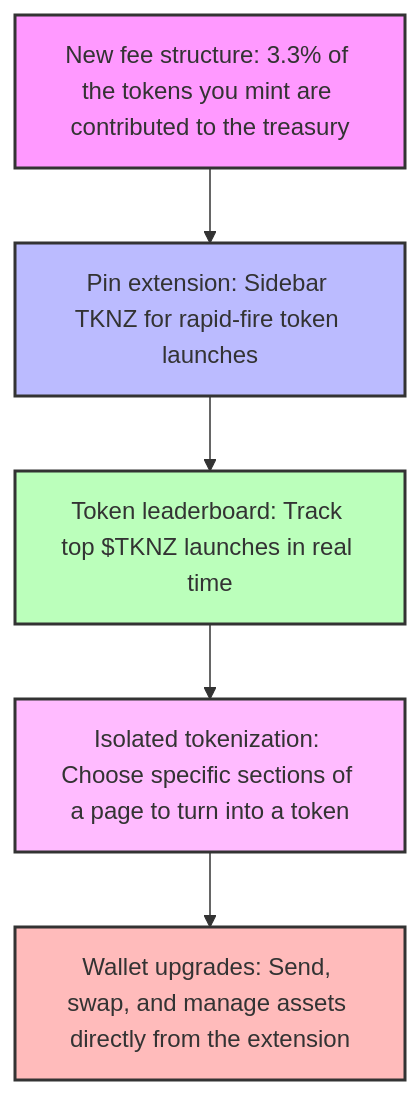
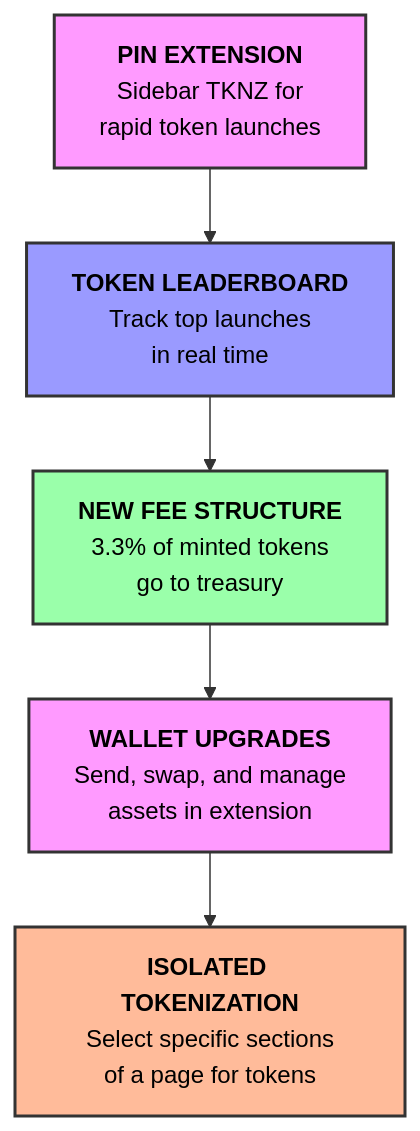
The diagram in roadmap-05-01-2025.md (tokenizedev/tknzv1), drawn with Mermaid before and after one commit. The commit also changed other lines of this file, not shown here.

First line of the commit message:
``` feat(core): Added Core Token Actions, App usability improvements, and Community Engagement features

````diff
--- a/roadmap-05-01-2025.md
+++ b/roadmap-05-01-2025.md
@@ -62,14 +53,20 @@
 ```mermaid
 graph TD;
-    A[New fee structure: 3.3% of the tokens you mint are contributed to the treasury] --> B;
-    B[Pin extension: Sidebar TKNZ for rapid-fire token launches] --> C;
-    C[Token leaderboard: Track top $TKNZ launches in real time] --> D;
-    D[Isolated tokenization: Choose specific sections of a page to turn into a token] --> E;
-    E[Wallet upgrades: Send, swap, and manage assets directly from the extension];
+    A["<b>PIN EXTENSION</b><br/>Sidebar TKNZ for<br/>rapid token launches"] --> B;
+    B["<b>TOKEN LEADERBOARD</b><br/>Track top launches<br/>in real time"] --> C;
+    C["<b>NEW FEE STRUCTURE</b><br/>3.3% of minted tokens<br/>go to treasury"] --> D;
+    D["<b>WALLET UPGRADES</b><br/>Send, swap, and manage<br/>assets in extension"] --> E;
+    E["<b>ISOLATED TOKENIZATION</b><br/>Select specific sections<br/>of a page for tokens"];
     
-    style A fill:#f9f,stroke:#333,stroke-width:2px
-    style B fill:#bbf,stroke:#333,stroke-width:2px
-    style C fill:#bfb,stroke:#333,stroke-width:2px
-    style D fill:#fbf,stroke:#333,stroke-width:2px
-    style E fill:#fbb,stroke:#333,stroke-width:2px
+    classDef pink fill:#ff9aff,stroke:#333,stroke-width:2px,color:black
+    classDef blue fill:#9a9aff,stroke:#333,stroke-width:2px,color:black
+    classDef green fill:#9affaa,stroke:#333,stroke-width:2px,color:black
+    classDef purple fill:#ff9aff,stroke:#333,stroke-width:2px,color:black
+    classDef orange fill:#ffbb9a,stroke:#333,stroke-width:2px,color:black
+    
+    class A pink;
+    class B blue;
+    class C green;
+    class D purple;
+    class E orange;
 ```
````
